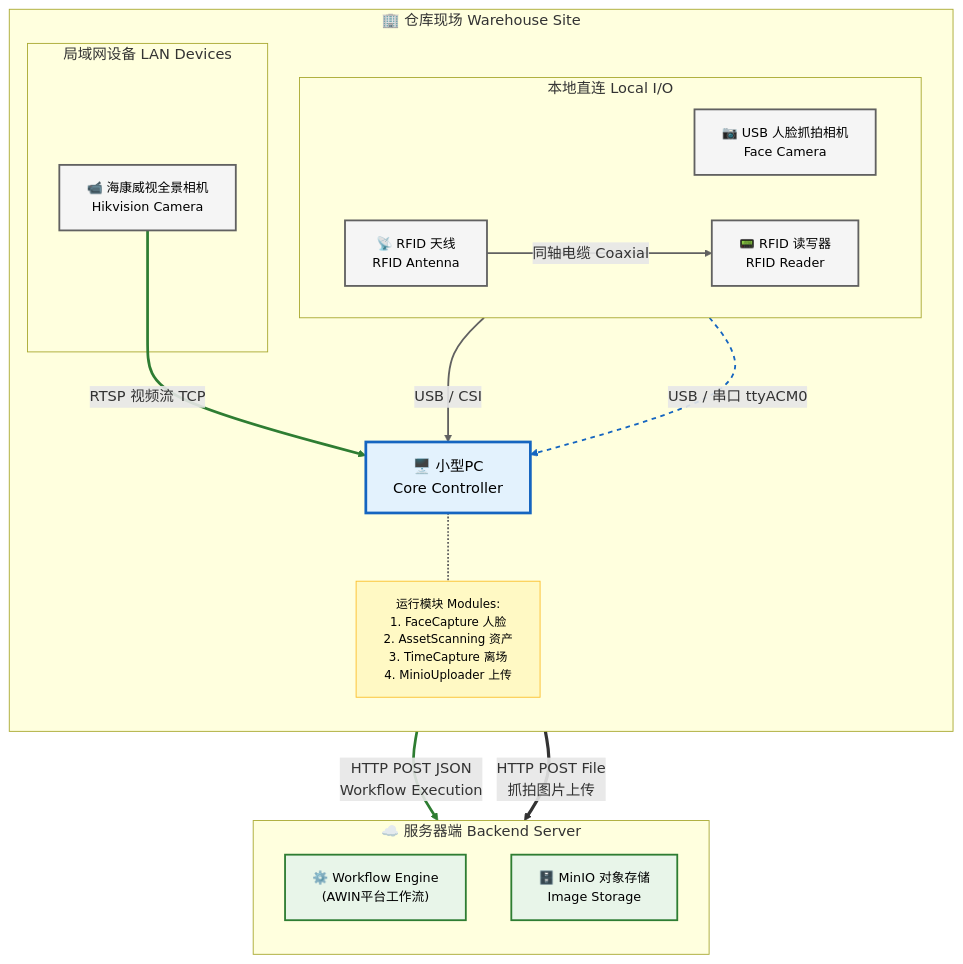
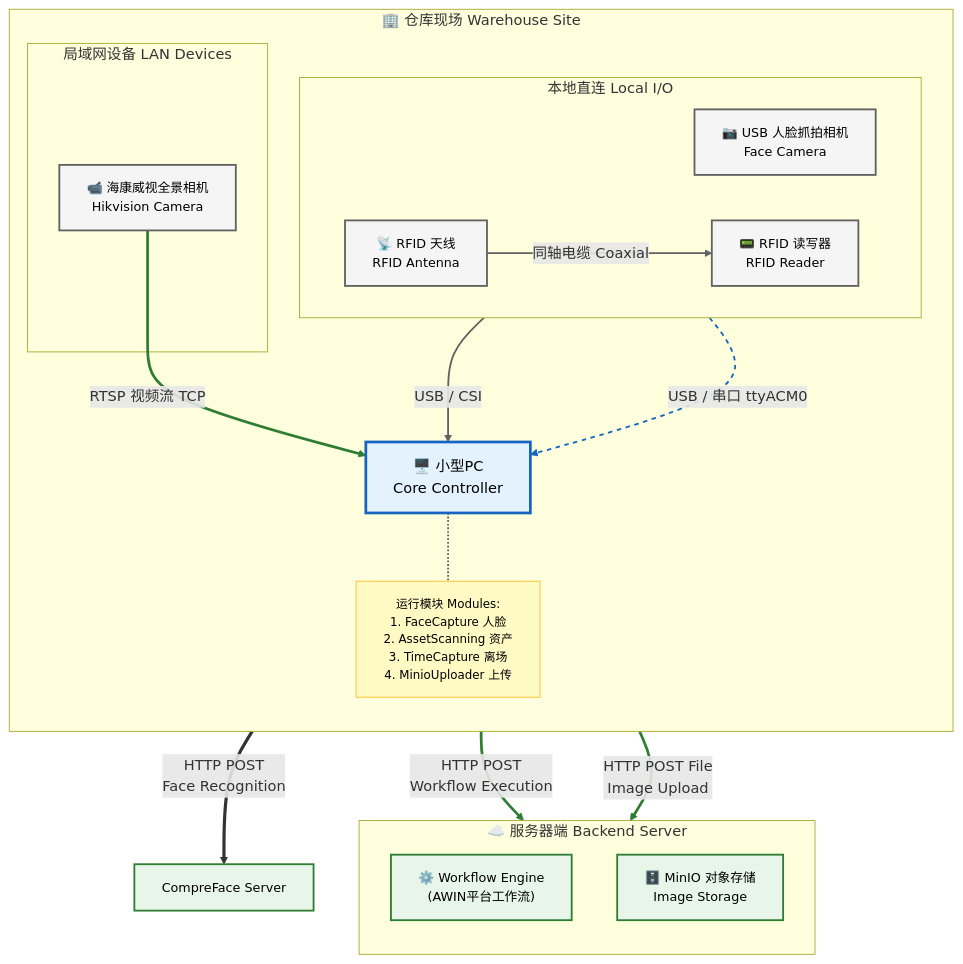
One commit to BorderArea01/warehouse changed the first of 2 diagrams in README.md. Above: the diagram before and after it, drawn with Mermaid. The commit also changed other lines of this file and 3 other files, not shown here.

First line of the commit message:
feat: 集成 CompreFace 人脸识别服务并更新配置

````diff
--- a/README.md
+++ b/README.md
@@ -39,44 +43,45 @@
 ```mermaid
 graph TD
     classDef host fill:#E3F2FD,stroke:#1565C0,stroke-width:3px,color:#000000,font-size:16px;
     classDef device fill:#F5F5F5,stroke:#616161,stroke-width:2px,color:#000000,font-size:14px;
     classDef server fill:#E8F5E9,stroke:#2E7D32,stroke-width:2px,color:#000000,font-size:14px;
     classDef db fill:#FFF3E0,stroke:#EF6C00,stroke-width:2px,color:#000000,font-size:14px;
     classDef note fill:#FFF9C4,stroke:#FBC02D,stroke-width:1px,color:#000000,font-size:13px;
 
     subgraph Warehouse [🏢 仓库现场 Warehouse Site]
         direction TB
         Host[🖥️ 小型PC <br/>Core Controller]:::host
         
         subgraph USB_Serial [本地直连 Local I/O]
             direction LR
             FaceCam[📷 USB 人脸抓拍相机<br/>Face Camera]:::device
             RFIDReader[📟 RFID 读写器<br/>RFID Reader]:::device
             RFIDAnt[📡 RFID 天线<br/>RFID Antenna]:::device
         end
         
         subgraph LAN_Dev [局域网设备 LAN Devices]
             HikCam[📹 海康威视全景相机<br/>Hikvision Camera]:::device
         end
         
         NoteHost[运行模块 Modules:<br/>1. FaceCapture 人脸<br/>2. AssetScanning 资产<br/>3. TimeCapture 离场<br/>4. MinioUploader 上传]:::note
         Host -.- NoteHost
     end
 
     subgraph Cloud [☁️ 服务器端 Backend Server]
         direction TB
         Workflow["⚙️ Workflow Engine<br/>(AWIN平台工作流)"]:::server
         MinIO[🗄️ MinIO 对象存储<br/>Image Storage]:::server
     end
 
     FaceCam -- "USB / CSI" --> Host
     RFIDAnt -- "同轴电缆 Coaxial" --> RFIDReader
     RFIDReader -- "USB / 串口 ttyACM0" --> Host
     HikCam -- "RTSP 视频流 TCP" --> Host
-    Host == "HTTP POST JSON<br/>Workflow Execution" ==> Workflow
-    Host == "HTTP POST File<br/>抓拍图片上传" ==> MinIO
+    Host == "HTTP POST<br/>Workflow Execution" ==> Workflow
+    Host == "HTTP POST File<br/>Image Upload" ==> MinIO
+    Host == "HTTP POST<br/>Face Recognition" ==> CompreFace[CompreFace Server]:::server
     
     linkStyle 0,1,2 stroke:#616161,stroke-width:2px;
     linkStyle 3 stroke:#1565C0,stroke-width:2px,stroke-dasharray: 5 5;
-    linkStyle 4,5 stroke:#2E7D32,stroke-width:3px;
+    linkStyle 4,5,6 stroke:#2E7D32,stroke-width:3px;
 ```
````
